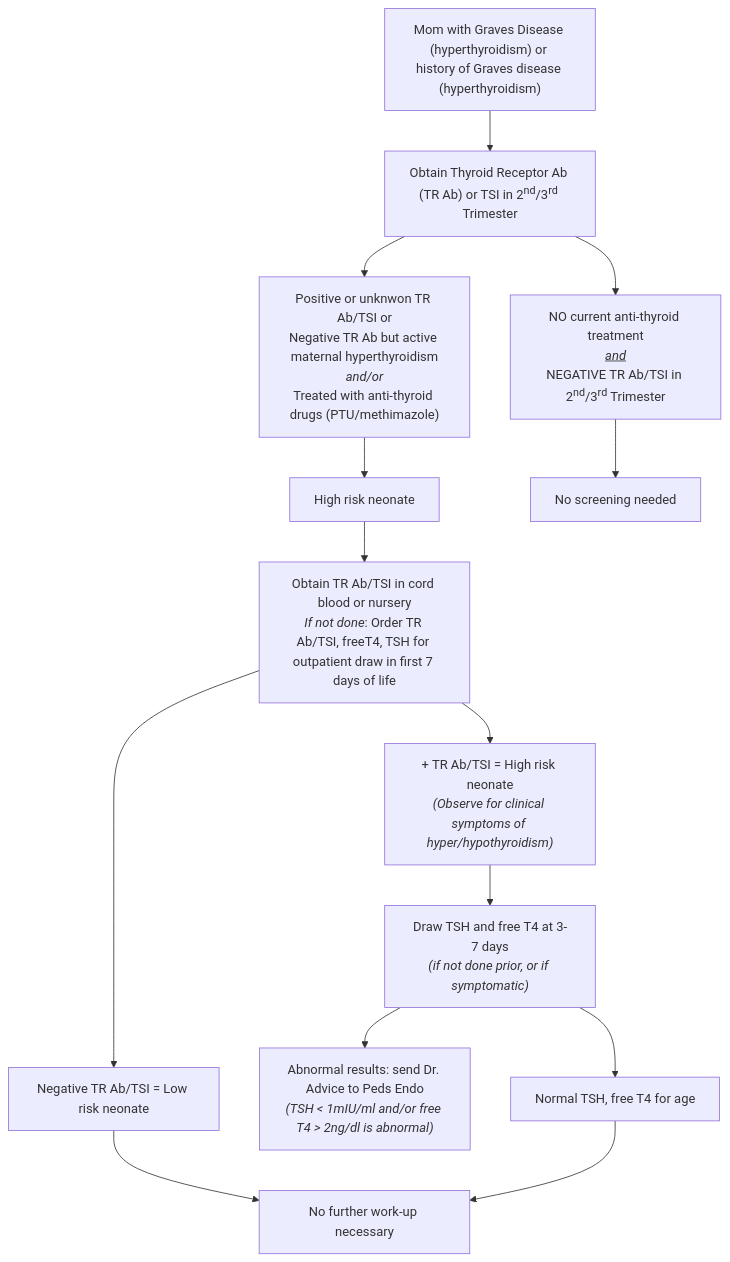
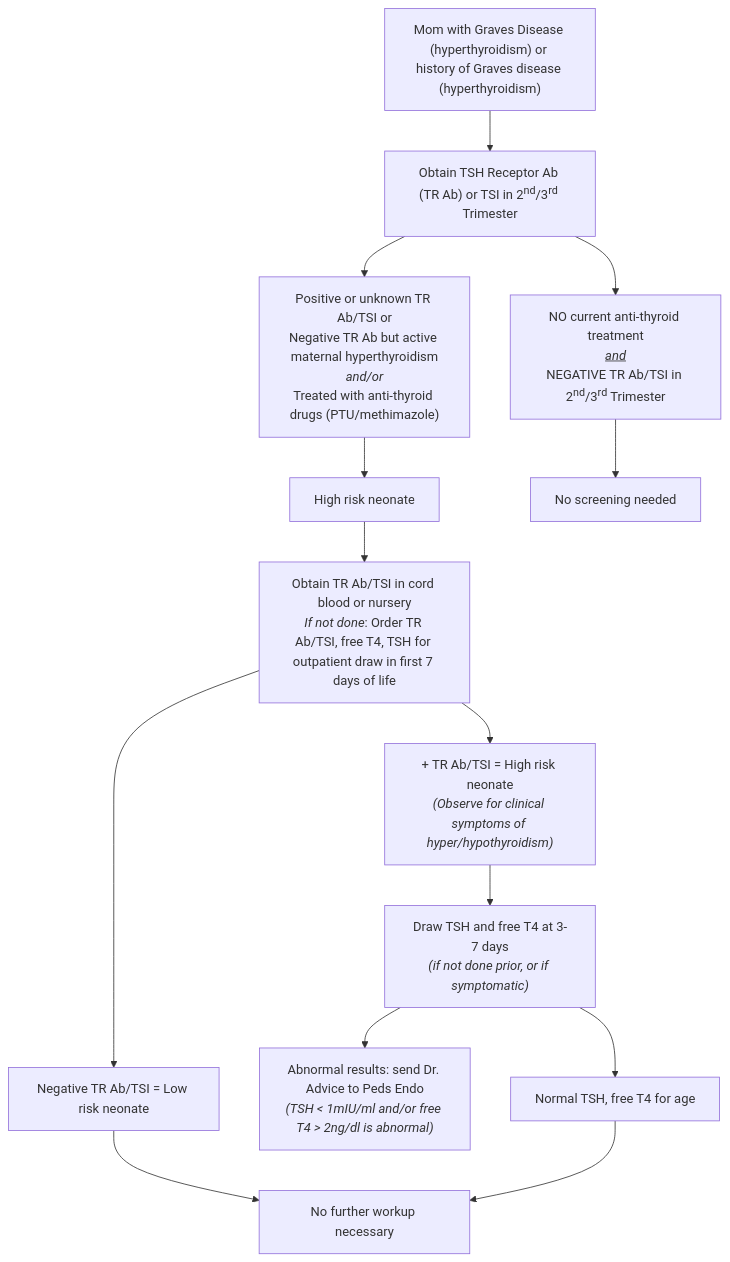
The first of 2 diagrams in endocrine.qmd (fschou-pxt/RMC-NICU-Manual), drawn with Mermaid before and after one commit. The commit also changed other lines of this file and 25 other files, not shown here.

````diff
--- a/endocrine.qmd
+++ b/endocrine.qmd
@@ -266,16 +266,16 @@
 ```{mermaid}
 flowchart TD
-  A["Mom with Graves Disease (hyperthyroidism) or history of Graves disease (hyperthyroidism)"] --> B["Obtain Thyroid Receptor Ab (TR Ab) or TSI in 2<sup>nd</sup>/3<sup>rd</sup> Trimester"]
-  B --> C["Positive or unknwon TR Ab/TSI or<br>Negative TR Ab but active maternal hyperthyroidism<br><em>and/or</em><br>Treated with anti-thyroid drugs (PTU/methimazole)"]
+  A["Mom with Graves Disease (hyperthyroidism) or history of Graves disease (hyperthyroidism)"] --> B["Obtain TSH Receptor Ab (TR Ab) or TSI in 2<sup>nd</sup>/3<sup>rd</sup> Trimester"]
+  B --> C["Positive or unknown TR Ab/TSI or<br>Negative TR Ab but active maternal hyperthyroidism<br><em>and/or</em><br>Treated with anti-thyroid drugs (PTU/methimazole)"]
   B --> D["NO current anti-thyroid treatment<br><em><u>and</u></em><br>NEGATIVE TR Ab/TSI in 2<sup>nd</sup>/3<sup>rd</sup> Trimester"]
   C --> E[High risk neonate]
   D --> F[No screening needed]
-  E --> G["Obtain TR Ab/TSI in cord blood or nursery<br><em>If not done</em>: Order TR Ab/TSI, freeT4, TSH for outpatient draw in first 7 days of life"]
+  E --> G["Obtain TR Ab/TSI in cord blood or nursery<br><em>If not done</em>: Order TR Ab/TSI, free T4, TSH for outpatient draw in first 7 days of life"]
   G --> H["+ TR Ab/TSI = High risk neonate<br><em>(Observe for clinical symptoms of hyper/hypothyroidism)</em>"]
   G --> I["Negative TR Ab/TSI = Low risk neonate"]
   H --> J["Draw TSH and free T4 at 3-7 days<br><em>(if not done prior, or if symptomatic)</em>"]
-  I --> K["No further work-up necessary"]
+  I --> K["No further workup necessary"]
   J --> L["Abnormal results: send Dr. Advice to Peds Endo<br><em>(TSH < 1mIU/ml and/or free T4 > 2ng/dl is abnormal)</em>"]
   J --> M["Normal TSH, free T4 for age"]
   M --> K
 ```
````
